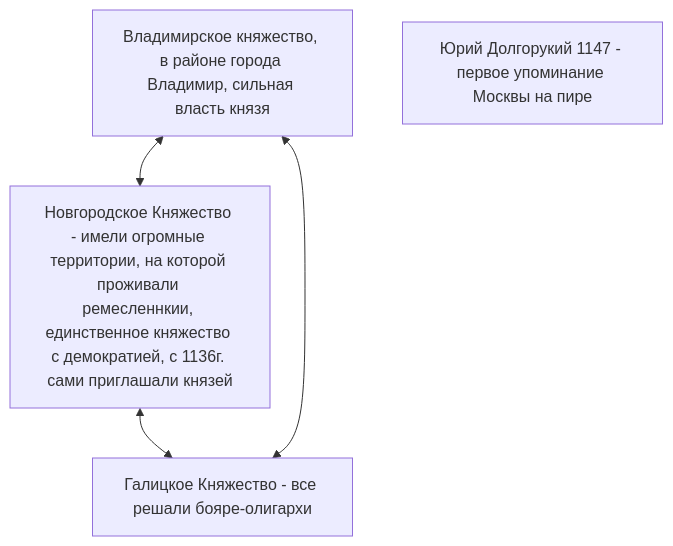
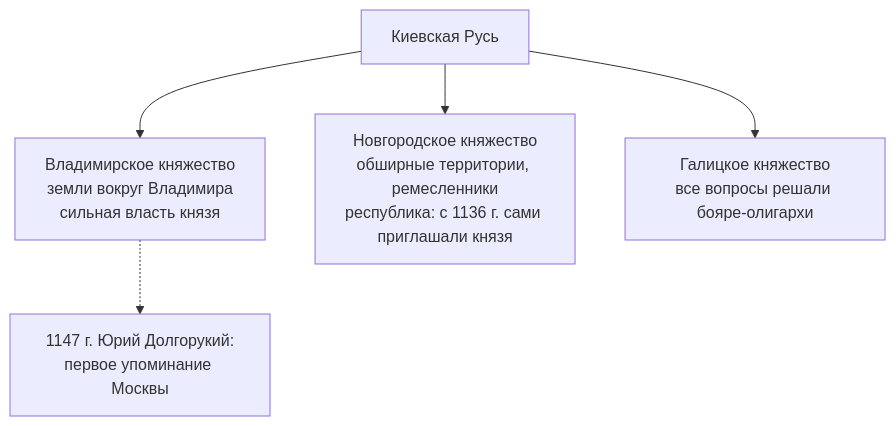
Before and after one commit to wesdyqq/study-sync: the diagram in Учеба КНИТУ/История России/Конспекты лекций/История России 03.10.26.md, drawn with Mermaid. The commit also changed other lines of this file and 37 other files, not shown here.

````diff
--- a/Учеба КНИТУ/История России/Конспекты лекций/История России 03.10.26.md
+++ b/Учеба КНИТУ/История России/Конспекты лекций/История России 03.10.26.md
@@ -88,9 +96,7 @@
 ```mermaid
 flowchart TD
- A<-->C<-->D
- A<-->D
-	A[Владимирское княжество, в районе города Владимир, сильная власть князя]
-	B[Юрий Долгорукий 1147 - первое упоминание Москвы на пире]
-	C[Новгородское Княжество - имели огромные территории, на которой проживали ремесленнкии, единственное княжество с демократией, с 1136г. сами приглашали князей]
-	D[Галицкое Княжество - все решали бояре-олигархи]
+    R[Киевская Русь] --> A[Владимирское княжество<br/>земли вокруг Владимира<br/>сильная власть князя]
+    R --> C[Новгородское княжество<br/>обширные территории, ремесленники<br/>республика: с 1136 г. сами приглашали князя]
+    R --> D[Галицкое княжество<br/>все вопросы решали бояре-олигархи]
+    A -.-> B[1147 г. Юрий Долгорукий:<br/>первое упоминание Москвы]
 ```
````
